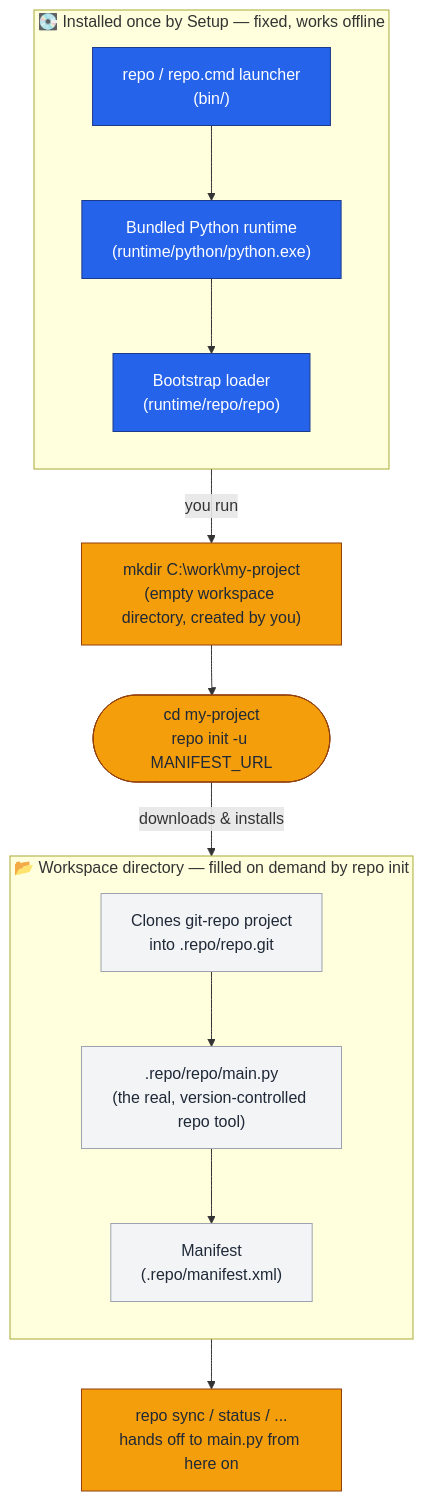
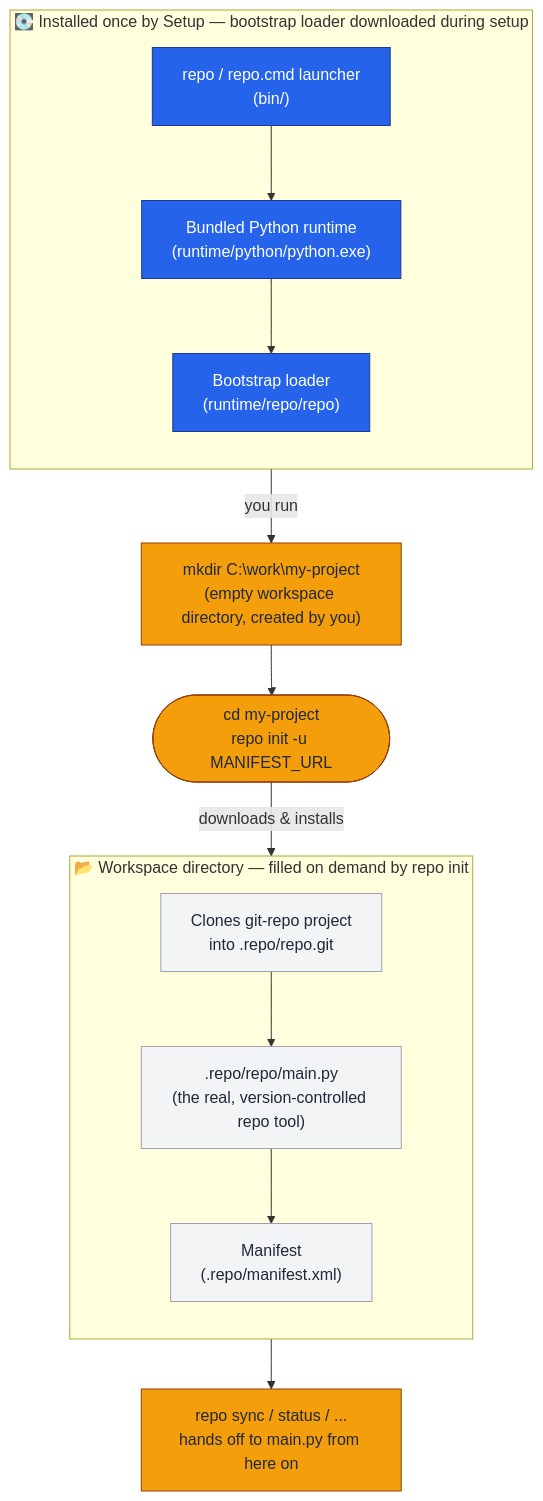
The diagram in README.md (test-fullautomation/googles-repo-tool-for-windows), drawn with Mermaid before and after one commit. The commit also changed other lines of this file and 42 other files, not shown here.

````diff
--- a/README.md
+++ b/README.md
@@ -83,33 +98,33 @@
 ```mermaid
 flowchart TD
     classDef installed fill:#2563eb,stroke:#1e3a8a,color:#ffffff,stroke-width:1px;
     classDef action fill:#f59e0b,stroke:#92400e,color:#1f2937,stroke-width:1px;
     classDef project fill:#f3f4f6,stroke:#9ca3af,color:#1f2937,stroke-width:1px;
 
-    subgraph Installed["💽 Installed once by Setup — fixed, works offline"]
+    subgraph Installed["💽 Installed once by Setup — bootstrap loader downloaded during setup"]
         direction TB
         A["repo / repo.cmd launcher<br/>(bin/)"]
         B["Bundled Python runtime<br/>(runtime/python/python.exe)"]
         C["Bootstrap loader<br/>(runtime/repo/repo)"]
         A --> B --> C
     end
 
     class A,B,C installed
 
     Mkdir["mkdir C:\work\my-project<br/>(empty workspace directory, created by you)"]:::action
     Init(["cd my-project<br/>repo init -u MANIFEST_URL"]):::action
     C -- "you run" --> Mkdir --> Init
 
     subgraph Project["📂 Workspace directory — filled on demand by repo init"]
         direction TB
         E["Clones git-repo project<br/>into .repo/repo.git"]
         F[".repo/repo/main.py<br/>(the real, version-controlled repo tool)"]
         G["Manifest<br/>(.repo/manifest.xml)"]
         E --> F --> G
     end
 
     class E,F,G project
 
     Init -- "downloads &amp; installs" --> E
     G --> H["repo sync / status / ...<br/>hands off to main.py from here on"]:::action
 ```
````
